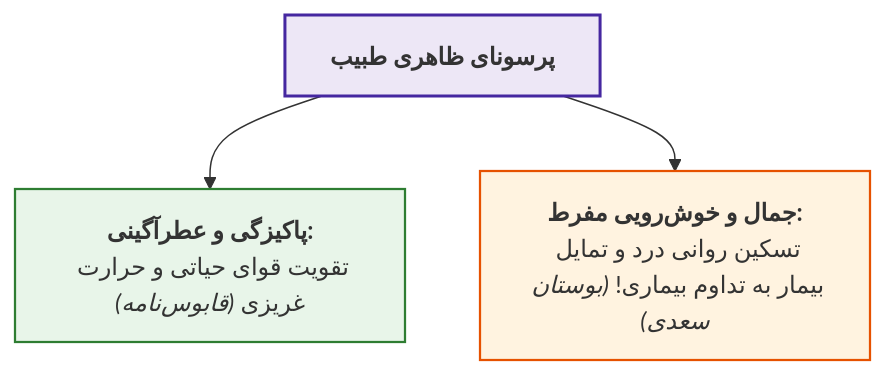
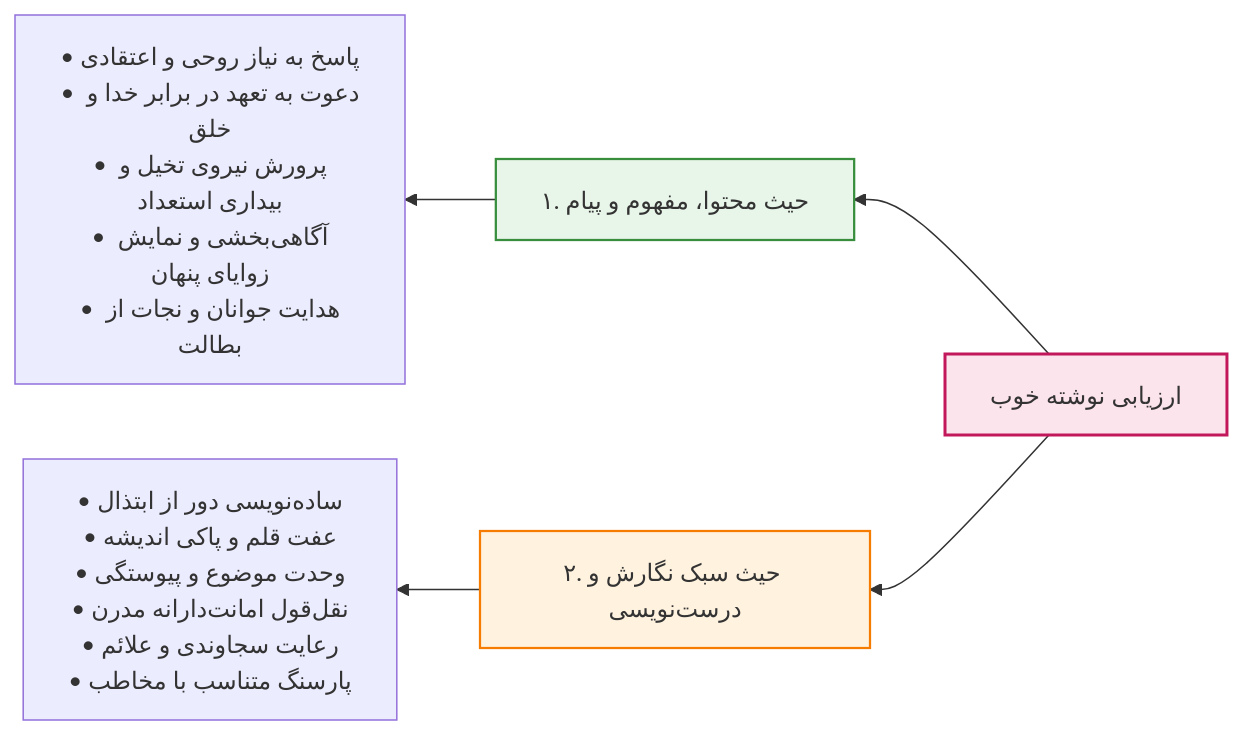
Before and after one commit to neopulse-hub/TUMS-1402-1-neo: the second of 37 diagrams in 05/ادبیات/جامع بخش 1.md, drawn with Mermaid. The commit also changed other lines of this file, not shown here.

````diff
--- a/05/ادبیات/جامع بخش 1.md
+++ b/05/ادبیات/جامع بخش 1.md
@@ -103,10 +85,25 @@
 ```mermaid
-flowchart TD
-    Visual["<b>پرسونای ظاهری طبیب</b>"]
-    Visual --> V1["<b>پاکیزگی و عطرآگینی:</b><br>تقویت قوای حیاتی و حرارت غریزی <i>(قابوس‌نامه)</i>"]
-    Visual --> V2["<b>جمال و خوش‌رویی مفرط:</b><br>تسکین روانی درد و تمایل بیمار به تداوم بیماری! <i>(بوستان سعدی)</i>"]
+flowchart RL
 
-    style Visual fill:#ede7f6,stroke:#4527a0,stroke-width:2px;
-    style V1 fill:#e8f5e9,stroke:#2e7d32,stroke-width:1.5px;
-    style V2 fill:#fff3e0,stroke:#e65100,stroke-width:1.5px;
+Writing[ارزیابی نوشته خوب]
+
+Writing --> Content[۱. حیث محتوا، مفهوم و پیام]
+Writing --> Style[۲. حیث سبک نگارش و درست‌نویسی]
+
+Content --> C_All["• پاسخ به نیاز روحی و اعتقادی
+• دعوت به تعهد در برابر خدا و خلق
+• پرورش نیروی تخیل و بیداری استعداد
+• آگاهی‌‌بخشی و نمایش زوایای پنهان
+• هدایت جوانان و نجات از بطالت"]
+
+Style --> S_All["• ساده‌نویسی دور از ابتذال
+• عفت قلم و پاکی اندیشه
+• وحدت موضوع و پیوستگی
+• نقل‌قول امانت‌دارانه مدرن
+• رعایت سجاوندی و علائم
+• پارسنگ متناسب با مخاطب"]
+
+style Writing fill:#fce4ec,stroke:#c2185b,stroke-width:2px;
+style Content fill:#e8f5e9,stroke:#388e3c,stroke-width:1.5px;
+style Style fill:#fff3e0,stroke:#f57c00,stroke-width:1.5px;
 ```
````
